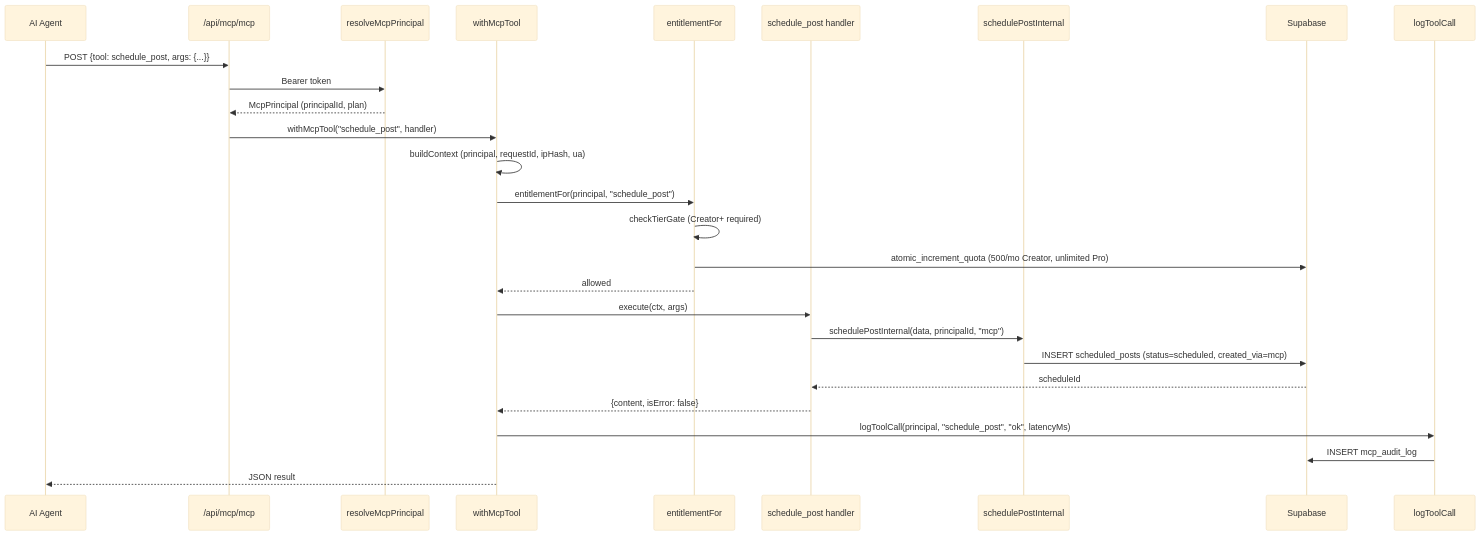
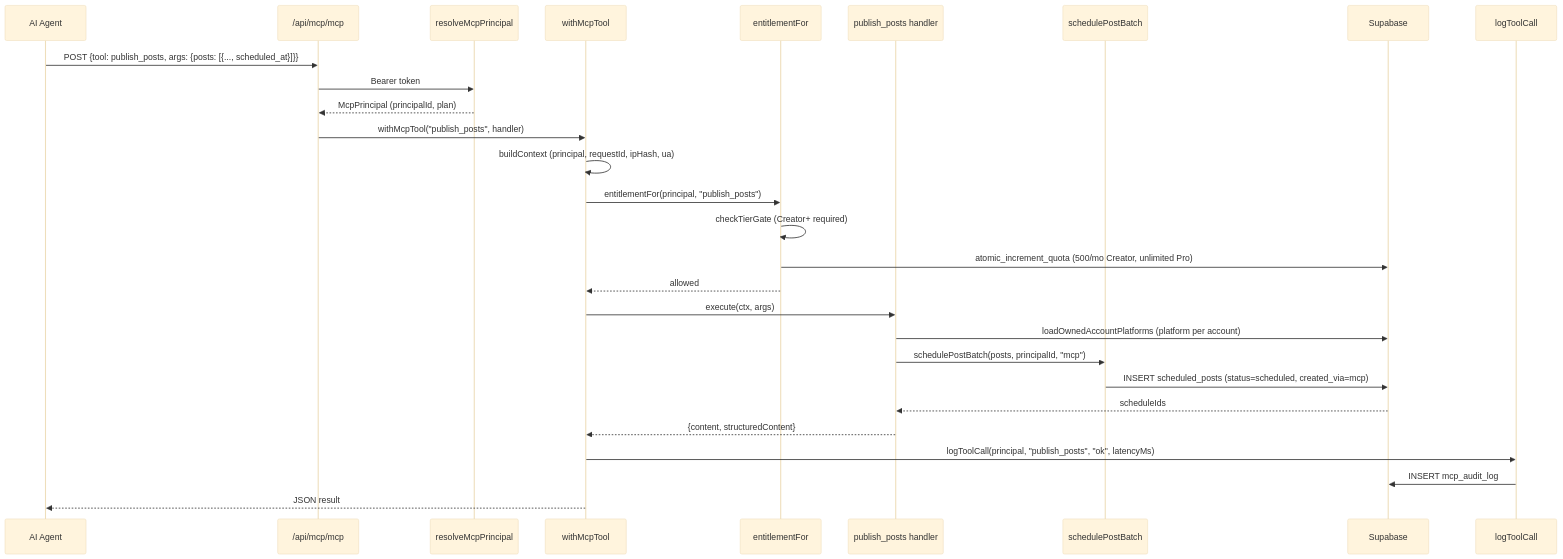
One commit to Andy00L/sharetopus changed the third of 8 diagrams in docs/ARCHITECTURE.md. Above: the diagram before and after it, drawn with Mermaid (base theme). The commit also changed other lines of this file and 60 other files, not shown here.

First line of the commit message:
feat(mcp): one publish_posts tool, 18 tools become 10

````diff
--- a/docs/ARCHITECTURE.md
+++ b/docs/ARCHITECTURE.md
@@ -332,30 +326,31 @@
 ```mermaid
 sequenceDiagram
     participant Agent as AI Agent
     participant MCP as /api/mcp/mcp
     participant Auth as resolveMcpPrincipal
     participant HOF as withMcpTool
     participant Entitle as entitlementFor
-    participant Tool as schedule_post handler
-    participant Internal as schedulePostInternal
+    participant Tool as publish_posts handler
+    participant Batch as schedulePostBatch
     participant DB as Supabase
     participant Audit as logToolCall
 
-    Agent->>MCP: POST {tool: schedule_post, args: {...}}
+    Agent->>MCP: POST {tool: publish_posts, args: {posts: [{..., scheduled_at}]}}
     MCP->>Auth: Bearer token
     Auth-->>MCP: McpPrincipal (principalId, plan)
-    MCP->>HOF: withMcpTool("schedule_post", handler)
+    MCP->>HOF: withMcpTool("publish_posts", handler)
     HOF->>HOF: buildContext (principal, requestId, ipHash, ua)
-    HOF->>Entitle: entitlementFor(principal, "schedule_post")
+    HOF->>Entitle: entitlementFor(principal, "publish_posts")
     Entitle->>Entitle: checkTierGate (Creator+ required)
     Entitle->>DB: atomic_increment_quota (500/mo Creator, unlimited Pro)
     Entitle-->>HOF: allowed
     HOF->>Tool: execute(ctx, args)
-    Tool->>Internal: schedulePostInternal(data, principalId, "mcp")
-    Internal->>DB: INSERT scheduled_posts (status=scheduled, created_via=mcp)
-    DB-->>Tool: scheduleId
-    Tool-->>HOF: {content, isError: false}
-    HOF->>Audit: logToolCall(principal, "schedule_post", "ok", latencyMs)
+    Tool->>DB: loadOwnedAccountPlatforms (platform per account)
+    Tool->>Batch: schedulePostBatch(posts, principalId, "mcp")
+    Batch->>DB: INSERT scheduled_posts (status=scheduled, created_via=mcp)
+    DB-->>Tool: scheduleIds
+    Tool-->>HOF: {content, structuredContent}
+    HOF->>Audit: logToolCall(principal, "publish_posts", "ok", latencyMs)
     Audit->>DB: INSERT mcp_audit_log
     HOF-->>Agent: JSON result
 ```
````
